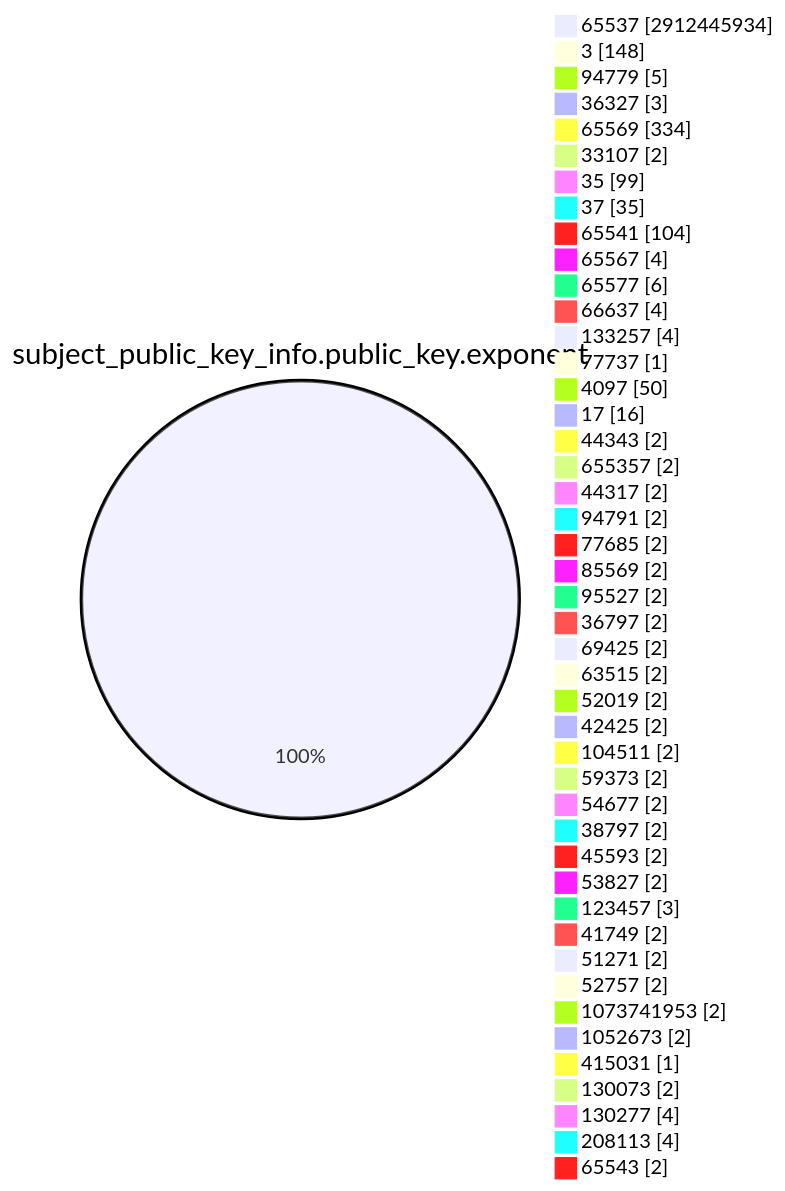
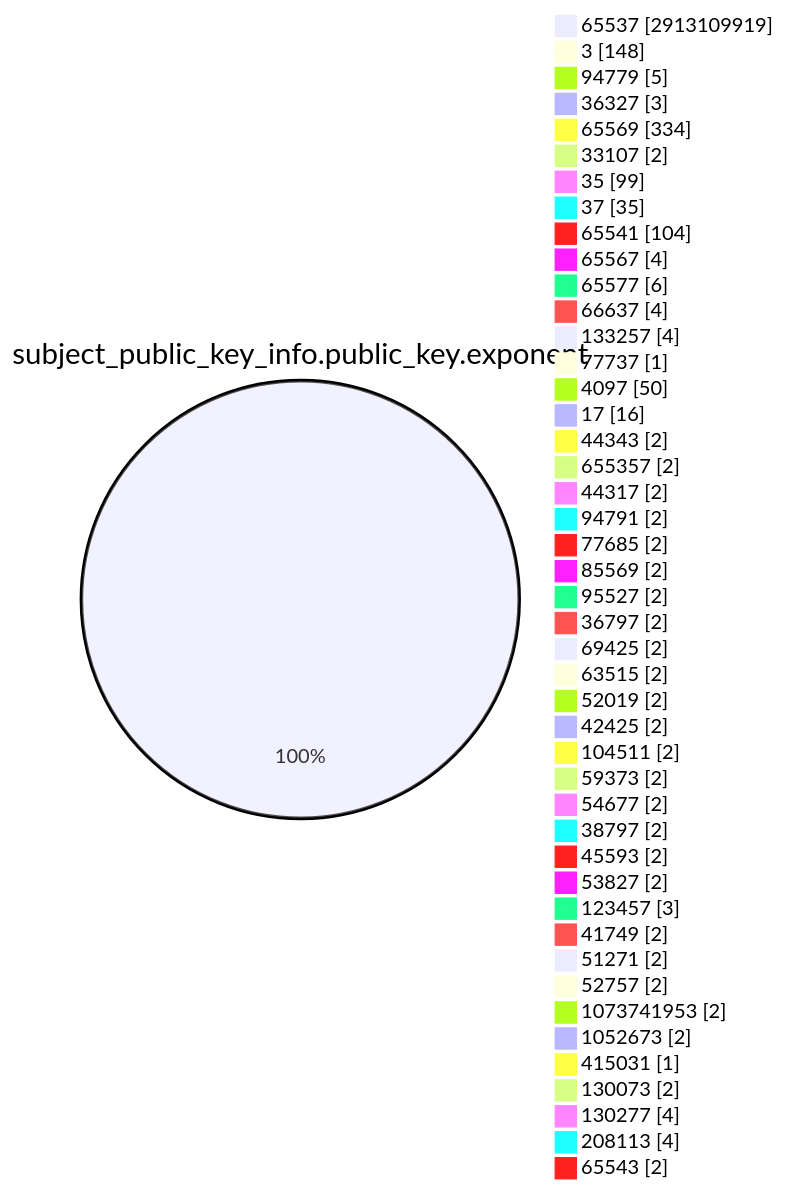
The fourth of 15 diagrams in TOTAL/README.md (christiankrug/ctmonitor_visualization), drawn with Mermaid before and after one commit. The commit also changed other lines of this file, not shown here.

````diff
--- a/TOTAL/README.md
+++ b/TOTAL/README.md
@@ -1469,49 +1469,49 @@
 ```mermaid
 pie showData
 title subject_public_key_info.public_key.exponent
-"65537" :2912445934
+"65537" :2913109919
 "3" :148
 "94779" :5
 "36327" :3
 "65569" :334
 "33107" :2
 "35" :99
 "37" :35
 "65541" :104
 "65567" :4
 "65577" :6
 "66637" :4
 "133257" :4
 "77737" :1
 "4097" :50
 "17" :16
 "44343" :2
 "655357" :2
 "44317" :2
 "94791" :2
 "77685" :2
 "85569" :2
 "95527" :2
 "36797" :2
 "69425" :2
 "63515" :2
 "52019" :2
 "42425" :2
 "104511" :2
 "59373" :2
 "54677" :2
 "38797" :2
 "45593" :2
 "53827" :2
 "123457" :3
 "41749" :2
 "51271" :2
 "52757" :2
 "1073741953" :2
 "1052673" :2
 "415031" :1
 "130073" :2
 "130277" :4
 "208113" :4
 "65543" :2
 ```
````
